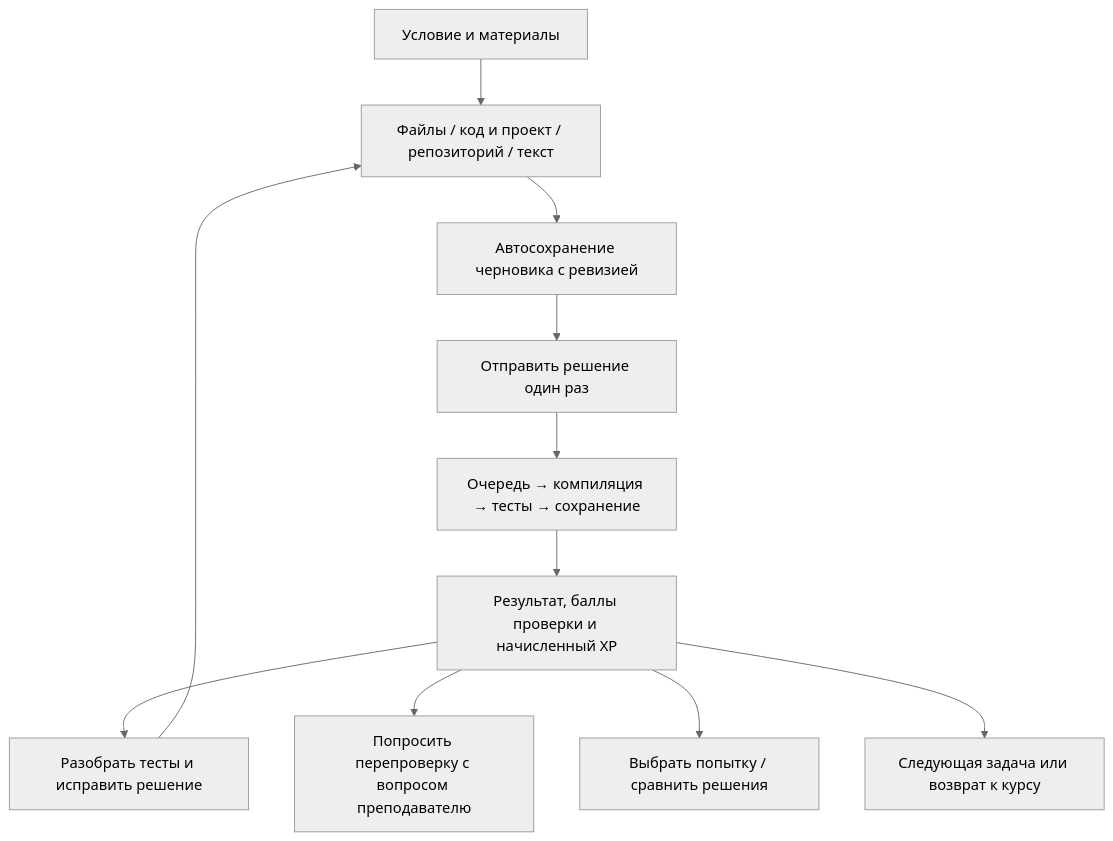
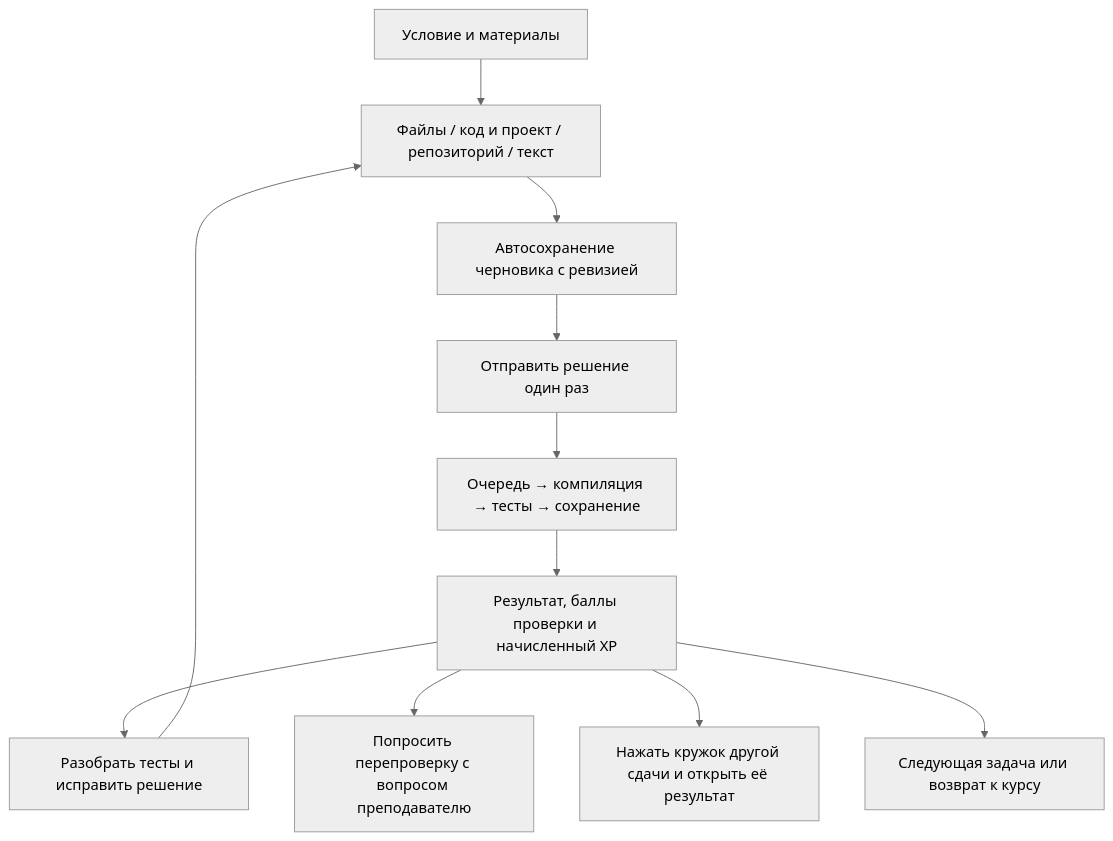
The diagram in docs/ux/task-checking-flows.md (roctbb/CodingProjects), drawn with Mermaid (neutral theme) before and after one commit. The commit also changed other lines of this file and 120 other files, not shown here.

````diff
--- a/docs/ux/task-checking-flows.md
+++ b/docs/ux/task-checking-flows.md
@@ -25,13 +25,13 @@
 ```mermaid
 flowchart TD
     S[Условие и материалы] --> C[Файлы / код и проект / репозиторий / текст]
     C --> D[Автосохранение черновика с ревизией]
     D --> A[Отправить решение один раз]
     A --> W[Очередь → компиляция → тесты → сохранение]
     W --> R[Результат, баллы проверки и начисленный XP]
     R --> F[Разобрать тесты и исправить решение]
     F --> C
     R --> Q[Попросить перепроверку с вопросом преподавателю]
-    R --> H[Выбрать попытку / сравнить решения]
+    R --> H[Нажать кружок другой сдачи и открыть её результат]
     R --> N[Следующая задача или возврат к курсу]
 ```
````
